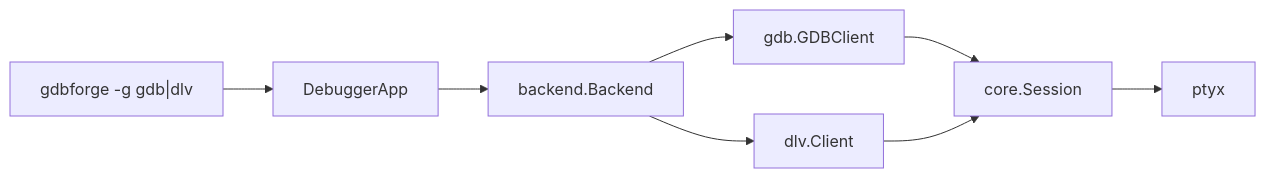
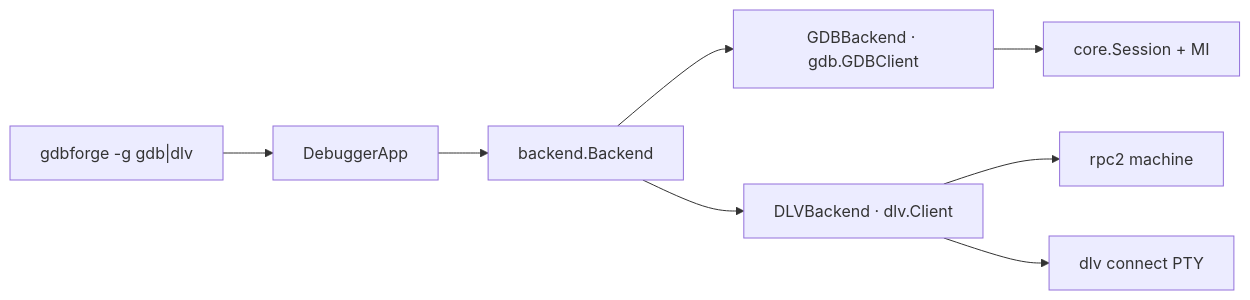
Before and after one commit to yairgd/gdbforge: the seventh of 8 diagrams in docs/DEBUGGER_INTEGRATION.md, drawn with Mermaid. The commit also changed other lines of this file and 243 other files, not shown here.

````diff
--- a/docs/DEBUGGER_INTEGRATION.md
+++ b/docs/DEBUGGER_INTEGRATION.md
@@ -649,10 +770,10 @@
 ```mermaid
 flowchart LR
   CLI["gdbforge -g gdb|dlv"] --> App["DebuggerApp"]
   App --> BE["backend.Backend"]
-  BE --> GDB["gdb.GDBClient"]
-  BE --> DLV["dlv.Client"]
-  GDB --> Sess["core.Session"]
-  DLV --> Sess
-  Sess --> PTY["ptyx"]
+  BE --> GDB["GDBBackend · gdb.GDBClient"]
+  BE --> DLV["DLVBackend · dlv.Client"]
+  GDB --> Sess["core.Session + MI"]
+  DLV --> RPC["rpc2 machine"]
+  DLV --> PTY["dlv connect PTY"]
 ```
````
